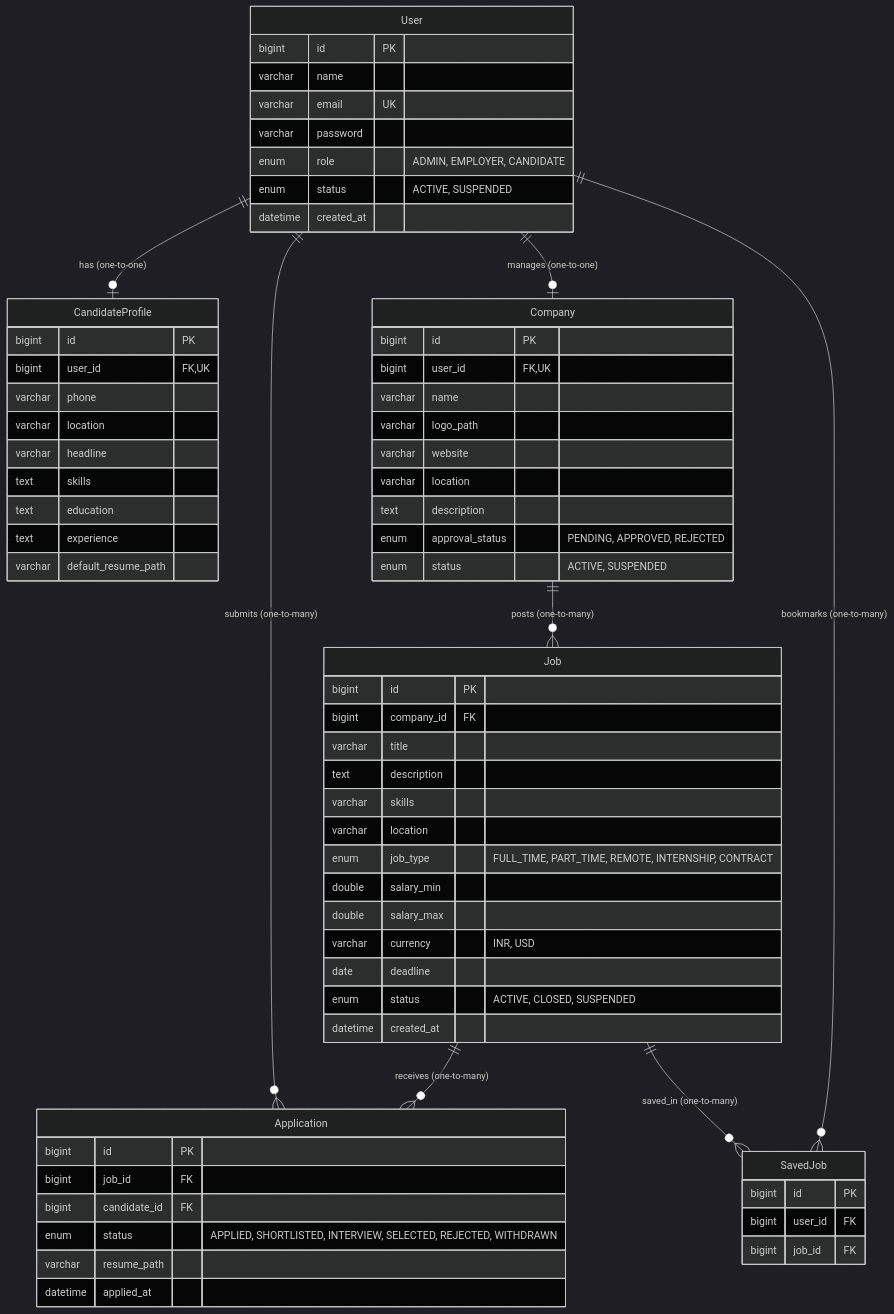
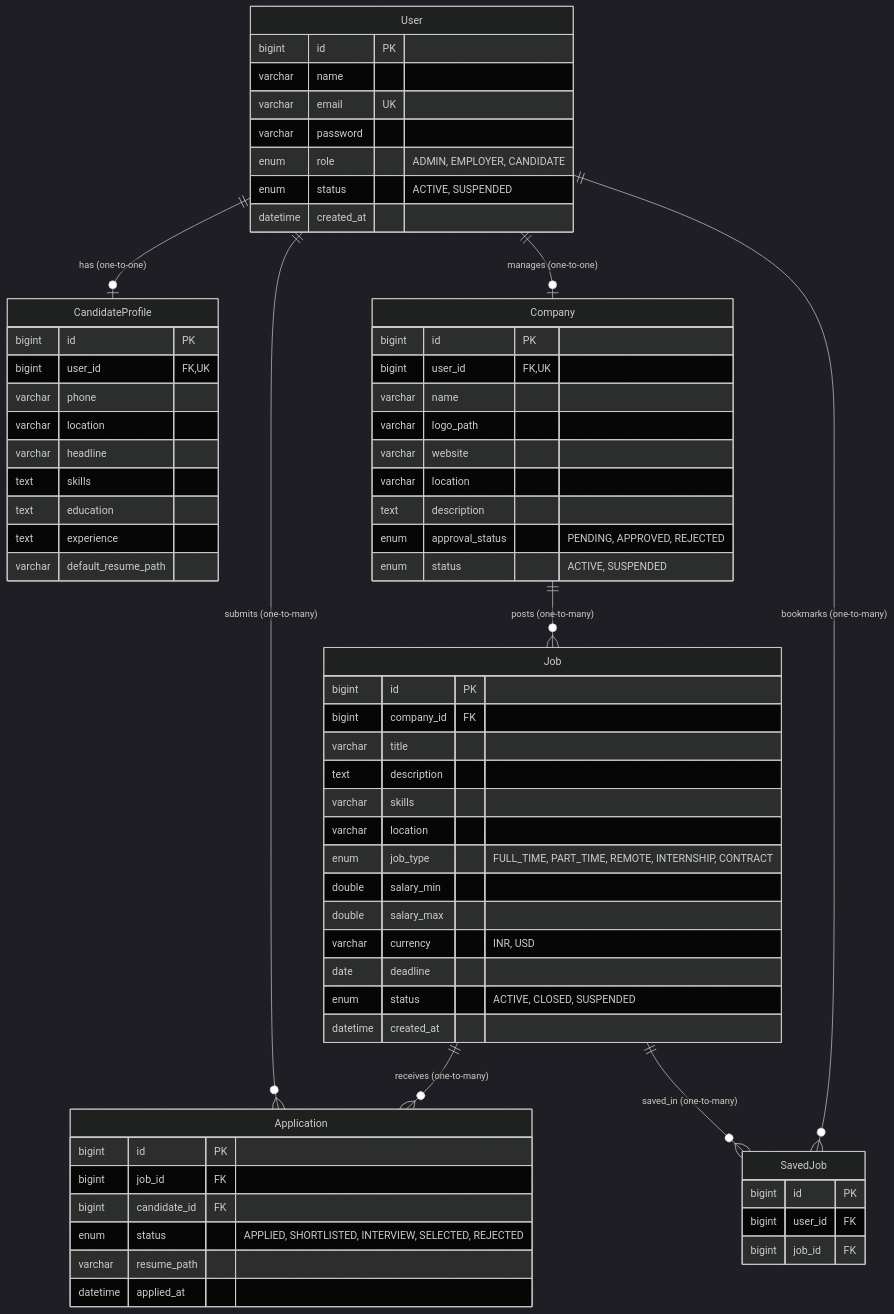
One commit to sanjay29-dev/hireloop changed the diagram in README.md. Above: the diagram before and after it, drawn with Mermaid (dark theme). The commit also changed other lines of this file and 35 other files, not shown here.

````diff
--- a/README.md
+++ b/README.md
@@ -174,75 +170,75 @@
 ```mermaid
 erDiagram
     User ||--o| CandidateProfile : "has (one-to-one)"
     User ||--o| Company : "manages (one-to-one)"
     Company ||--o{ Job : "posts (one-to-many)"
     Job ||--o{ Application : "receives (one-to-many)"
     User ||--o{ Application : "submits (one-to-many)"
     User ||--o{ SavedJob : "bookmarks (one-to-many)"
     Job ||--o{ SavedJob : "saved_in (one-to-many)"
 
     User {
         bigint id PK
         varchar name
         varchar email UK
         varchar password
         enum role "ADMIN, EMPLOYER, CANDIDATE"
         enum status "ACTIVE, SUSPENDED"
         datetime created_at
     }
 
     CandidateProfile {
         bigint id PK
         bigint user_id FK,UK
         varchar phone
         varchar location
         varchar headline
         text skills
         text education
         text experience
         varchar default_resume_path
     }
 
     Company {
         bigint id PK
         bigint user_id FK,UK
         varchar name
         varchar logo_path
         varchar website
         varchar location
         text description
         enum approval_status "PENDING, APPROVED, REJECTED"
         enum status "ACTIVE, SUSPENDED"
     }
 
     Job {
         bigint id PK
         bigint company_id FK
         varchar title
         text description
         varchar skills
         varchar location
         enum job_type "FULL_TIME, PART_TIME, REMOTE, INTERNSHIP, CONTRACT"
         double salary_min
         double salary_max
         varchar currency "INR, USD"
         date deadline
         enum status "ACTIVE, CLOSED, SUSPENDED"
         datetime created_at
     }
 
     Application {
         bigint id PK
         bigint job_id FK
         bigint candidate_id FK
-        enum status "APPLIED, SHORTLISTED, INTERVIEW, SELECTED, REJECTED, WITHDRAWN"
+        enum status "APPLIED, SHORTLISTED, INTERVIEW, SELECTED, REJECTED"
         varchar resume_path
         datetime applied_at
     }
 
     SavedJob {
         bigint id PK
         bigint user_id FK
         bigint job_id FK
     }
 ```
````
